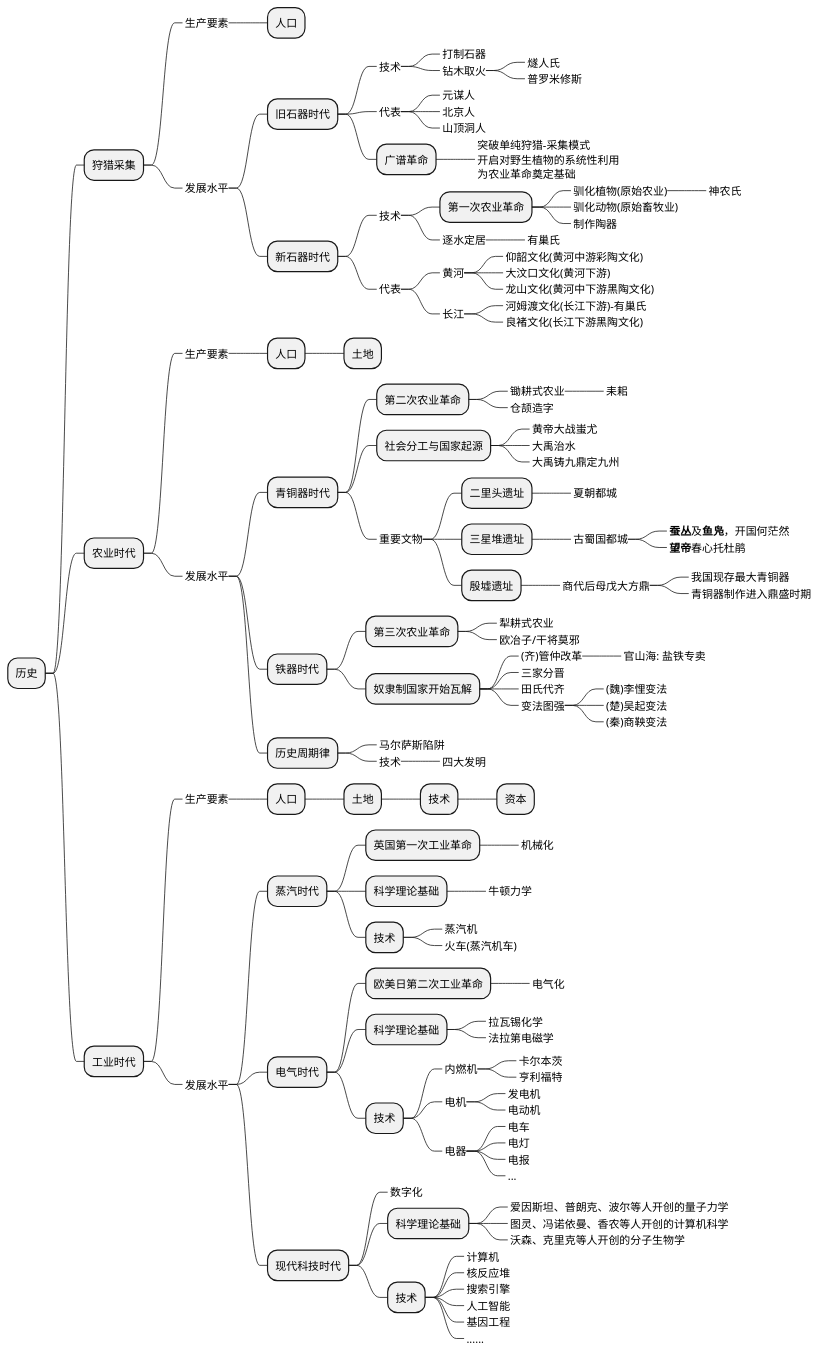
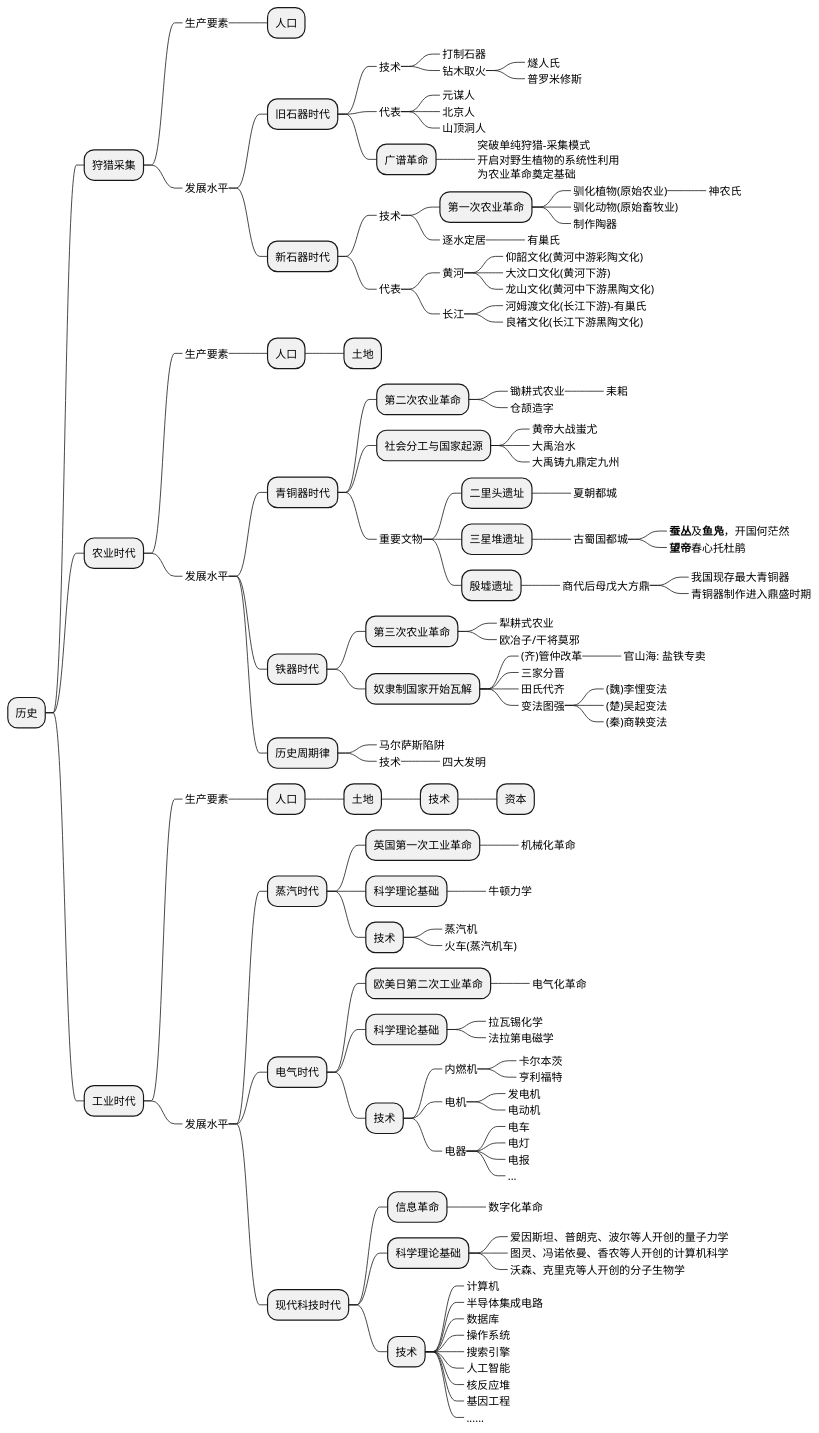
The first of 2 diagrams in source/_posts/economic/economic_and_history.md (holmofy/blog.hufeifei.cn), drawn with PlantUML before and after one commit.

```diff
--- a/source/_posts/economic/economic_and_history.md
+++ b/source/_posts/economic/economic_and_history.md
@@ -100,7 +100,7 @@
 +++_ 发展水平
 ++++ 蒸汽时代
 +++++ 英国第一次工业革命
-++++++_ 机械化
+++++++_ 机械化革命
 +++++ 科学理论基础
 ++++++_ 牛顿力学
 +++++ 技术
@@ -108,7 +108,7 @@
 ++++++_ 火车(蒸汽机车)
 ++++ 电气时代
 +++++ 欧美日第二次工业革命
-++++++_ 电气化
+++++++_ 电气化革命
 +++++ 科学理论基础
 ++++++_ 拉瓦锡化学
 ++++++_ 法拉第电磁学
@@ -125,16 +125,20 @@
 +++++++_ 电报
 +++++++_ ...
 ++++ 现代科技时代
-+++++_ 数字化
++++++ 信息革命
+++++++_ 数字化革命
 +++++ 科学理论基础
 ++++++_ 爱因斯坦、普朗克、波尔等人开创的量子力学
 ++++++_ 图灵、冯诺依曼、香农等人开创的计算机科学
 ++++++_ 沃森、克里克等人开创的分子生物学
 +++++ 技术
 ++++++_ 计算机
-++++++_ 核反应堆
+++++++_ 半导体集成电路
+++++++_ 数据库
+++++++_ 操作系统
 ++++++_ 搜索引擎
 ++++++_ 人工智能
+++++++_ 核反应堆
 ++++++_ 基因工程
 ++++++_ ......
 @endmindmap
```
